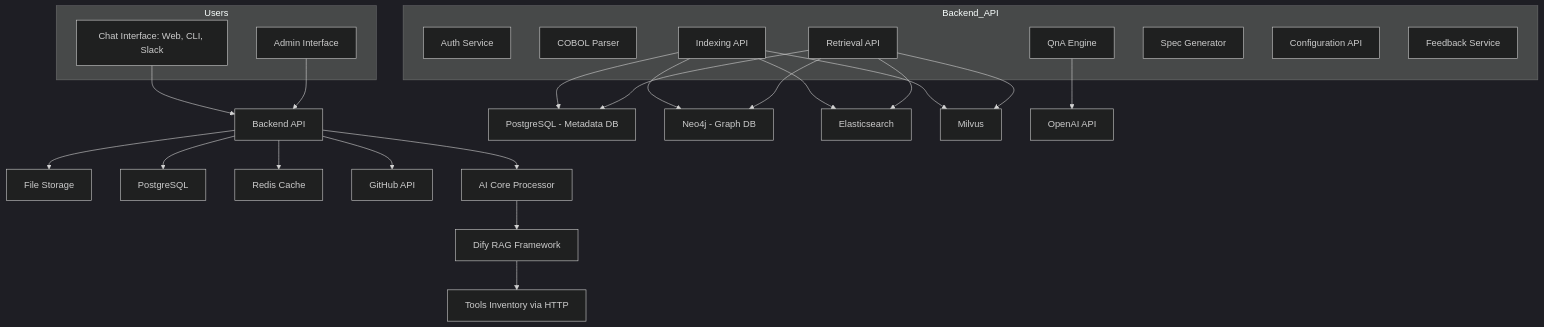
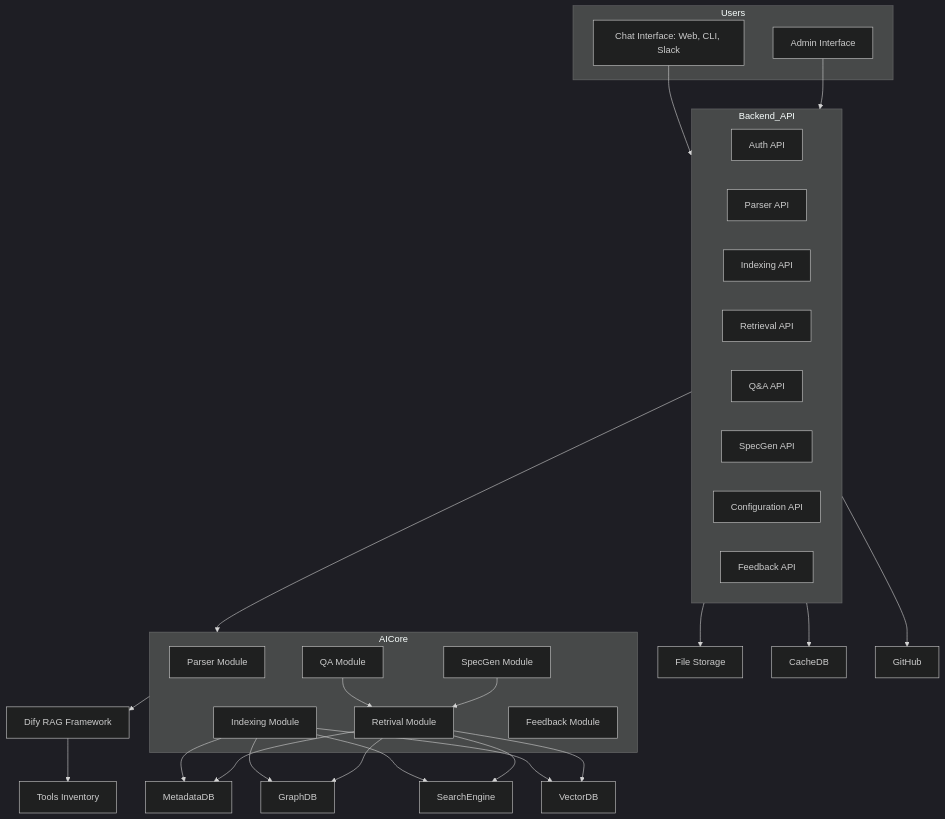
The second of 2 diagrams in _draft/C2B/CA-Design.md (anhttmle/anhttmle.github.io), drawn with Mermaid (dark theme) before and after one commit.

````diff
--- a/_draft/C2B/CA-Design.md
+++ b/_draft/C2B/CA-Design.md
@@ -121,44 +121,53 @@
 ```mermaid
 flowchart TD
     subgraph Users
         ChatUI[Chat Interface: Web, CLI, Slack]
         AdminUI[Admin Interface]
     end
 
-    ChatUI --> API[Backend API]
-    AdminUI --> API
+    ChatUI --> Backend_API[Backend API]
+    AdminUI --> Backend_API
 
     subgraph Backend_API
-        Auth[Auth Service]
-        Parser[COBOL Parser]
-        Indexing[Indexing API]
-        Retrieval[Retrieval API]
-        QA[QnA Engine]
-        SpecGen[Spec Generator]
-        Config[Configuration API]
-        Feedback[Feedback Service]
+        AuthAPI[Auth API]
+        ParserAPI[Parser API]
+        IndexingAPI[Indexing API]
+        RetrievalAPI[Retrieval API]
+        QAAPI[Q&A API]
+        SpecGenAPI[SpecGen API]
+        ConfigAPI[Configuration API]
+        FeedbackAPI[Feedback API]
     end
 
-    API --> FileStorage[File Storage]
-    API --> DB[PostgreSQL]
-    API --> Redis[Redis Cache]
-    API --> GitHub[GitHub API]
-    API --> AICore[AI Core Processor]
+    subgraph AICore
+        Parser[Parser Module]
+        Indexing[Indexing Module]
+        Retrieval[Retrival Module]
+        QA[QA Module]
+        SpecGen[SpecGen Module]
+        Feedback[Feedback Module]
+    end
+
+    Backend_API --> FileStorage[File Storage]
+    Backend_API --> CacheDB
+    Backend_API --> GitHub
+    Backend_API --> AICore
 
     AICore --> RAG[Dify RAG Framework]
-    RAG --> Tools[Tools Inventory via HTTP]
+    RAG --> Tools[Tools Inventory]
 
-    Indexing --> MetadataDB[PostgreSQL - Metadata DB]
-    Indexing --> GraphDB[Neo4j - Graph DB]
-    Indexing --> SearchEngine[Elasticsearch]
-    Indexing --> VectorDB[Milvus]
+    Indexing --> MetadataDB
+    Indexing --> GraphDB
+    Indexing --> SearchEngine
+    Indexing --> VectorDB
 
     Retrieval --> MetadataDB
     Retrieval --> GraphDB
     Retrieval --> SearchEngine
     Retrieval --> VectorDB
 
-    QA --> OpenAI[OpenAI API]
+    QA --> Retrieval
+    SpecGen --> Retrieval
 
 
 ```
````
